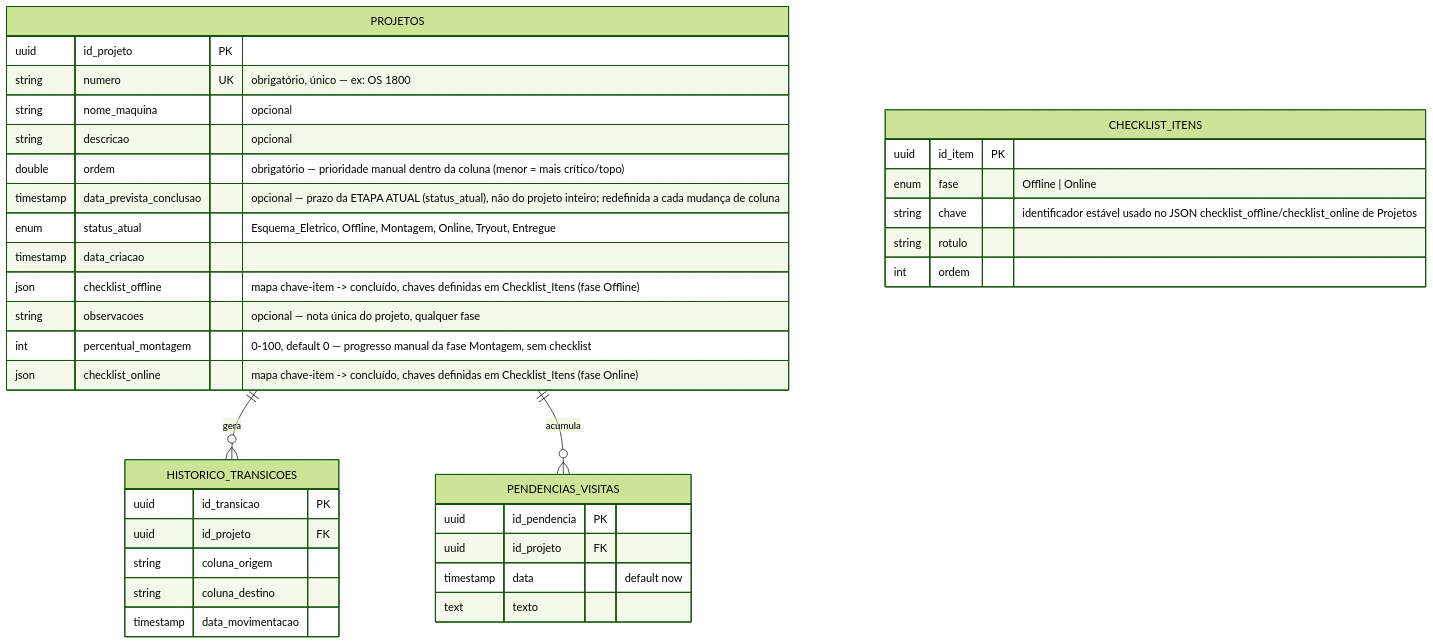
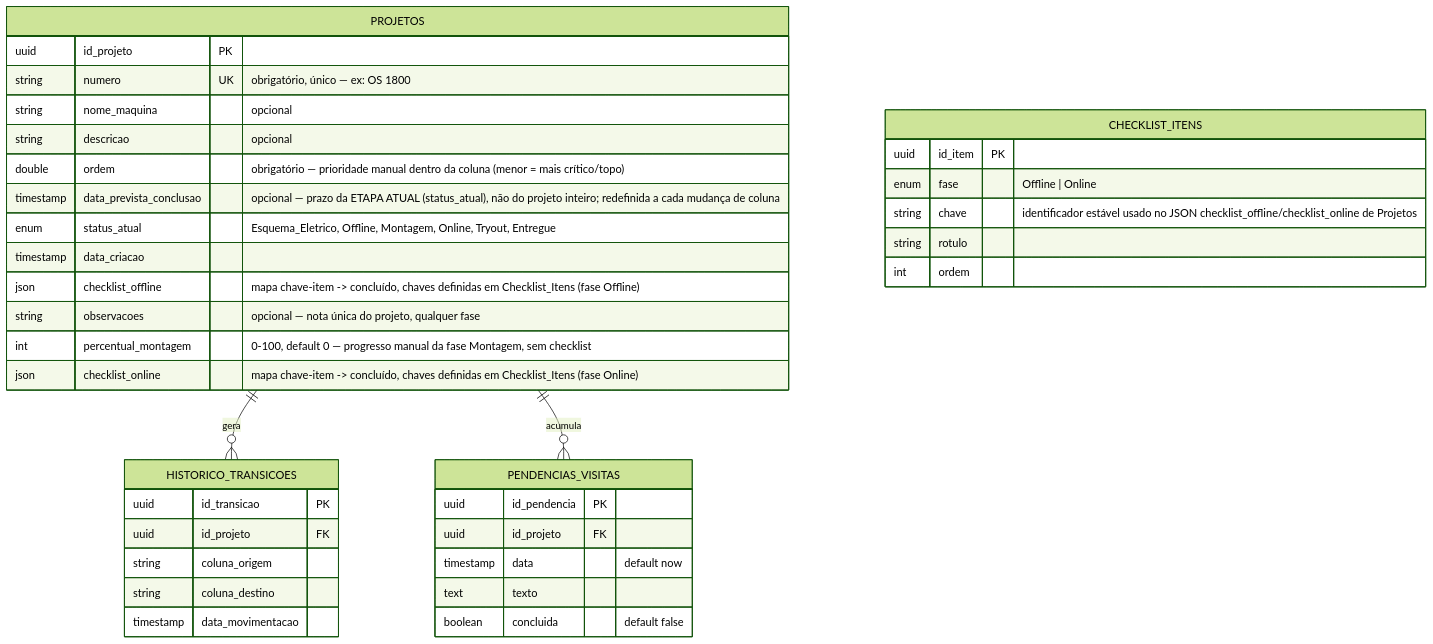
Before and after one commit to brunopmourao1/gestao-projetos: the diagram in Docs/02-Tecnico/Modelo-Dados-ER.md, drawn with Mermaid (forest theme). The commit also changed other lines of this file and 11 other files, not shown here.

````diff
--- a/Docs/02-Tecnico/Modelo-Dados-ER.md
+++ b/Docs/02-Tecnico/Modelo-Dados-ER.md
@@ -6,43 +6,44 @@
 ```mermaid
 erDiagram
     PROJETOS ||--o{ HISTORICO_TRANSICOES : "gera"
     PROJETOS ||--o{ PENDENCIAS_VISITAS : "acumula"
 
     PROJETOS {
         uuid id_projeto PK
         string numero UK "obrigatório, único — ex: OS 1800"
         string nome_maquina "opcional"
         string descricao "opcional"
         double ordem "obrigatório — prioridade manual dentro da coluna (menor = mais crítico/topo)"
         timestamp data_prevista_conclusao "opcional — prazo da ETAPA ATUAL (status_atual), não do projeto inteiro; redefinida a cada mudança de coluna"
         enum status_atual "Esquema_Eletrico, Offline, Montagem, Online, Tryout, Entregue"
         timestamp data_criacao
         json checklist_offline "mapa chave-item -> concluído, chaves definidas em Checklist_Itens (fase Offline)"
         string observacoes "opcional — nota única do projeto, qualquer fase"
         int percentual_montagem "0-100, default 0 — progresso manual da fase Montagem, sem checklist"
         json checklist_online "mapa chave-item -> concluído, chaves definidas em Checklist_Itens (fase Online)"
     }
 
     HISTORICO_TRANSICOES {
         uuid id_transicao PK
         uuid id_projeto FK
         string coluna_origem
         string coluna_destino
         timestamp data_movimentacao
     }
 
     PENDENCIAS_VISITAS {
         uuid id_pendencia PK
         uuid id_projeto FK
         timestamp data "default now"
         text texto
+        boolean concluida "default false"
     }
 
     CHECKLIST_ITENS {
         uuid id_item PK
         enum fase "Offline | Online"
         string chave "identificador estável usado no JSON checklist_offline/checklist_online de Projetos"
         string rotulo
         int ordem
     }
 ```
````
